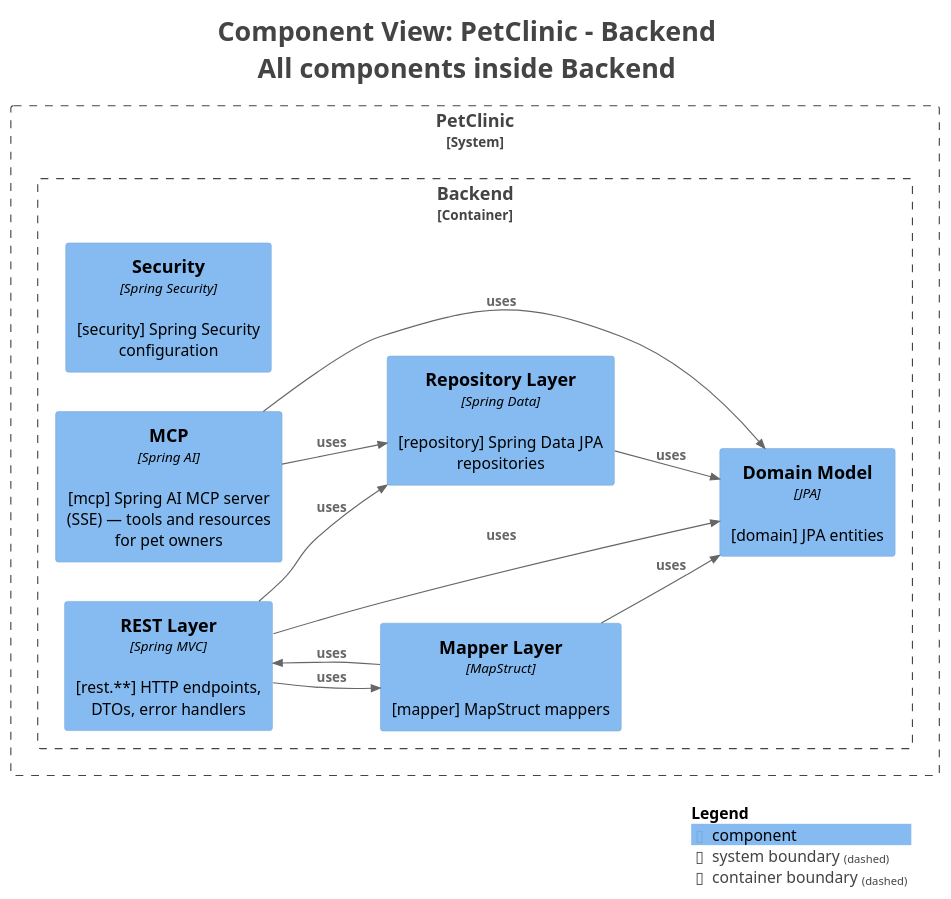
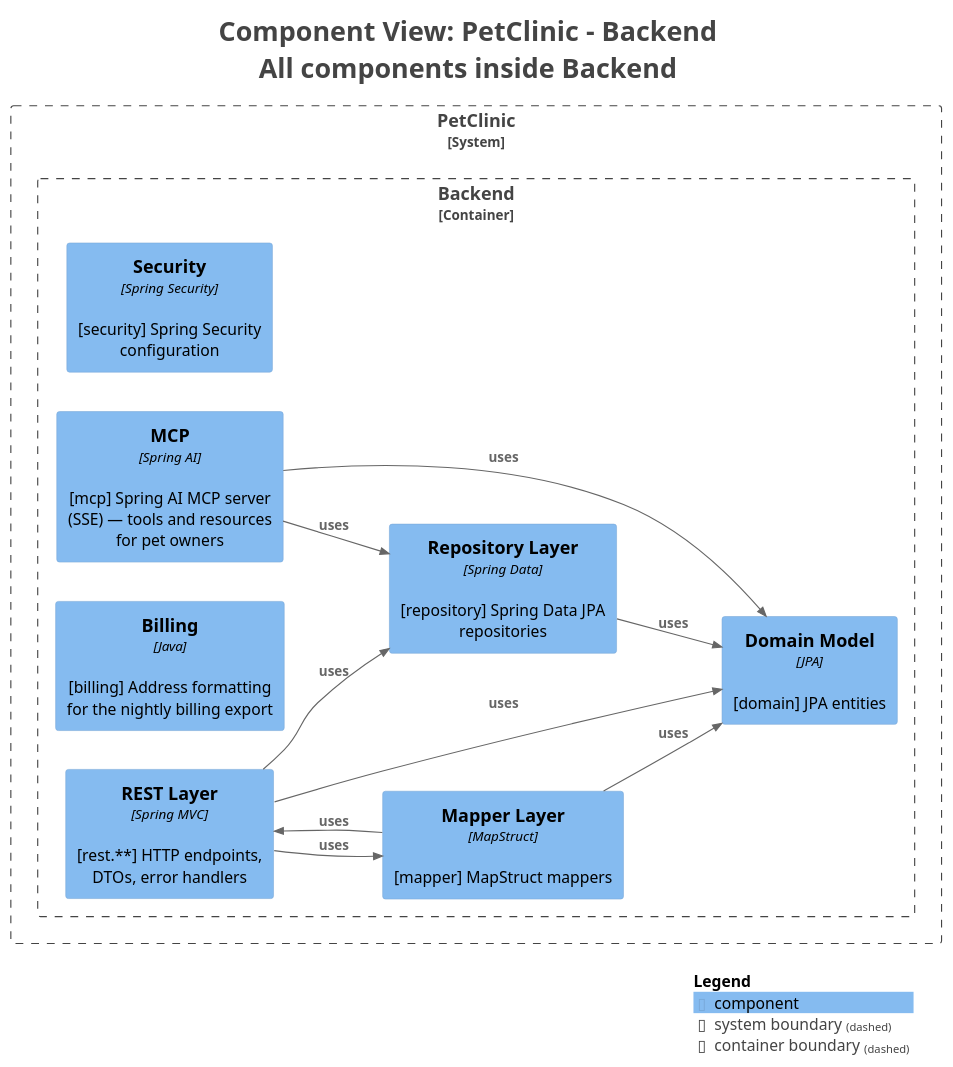
One commit to pmattiollo/petclinic changed the diagram in petclinic-backend/docs/generated/c4views/C3-Components-All.puml. Above: the diagram before and after it, drawn with PlantUML. The commit also changed 2 other files, not shown here.

Commit message:
docs(arch): register the billing package in the C3 and package models
Commit f1aa0f3 added victor.training.petclinic.billing without declaring
it, so C3ArchTest and PackagesArchTest failed on unmapped-package drift.
Billing depends on nothing and nothing depends on it, so it joins depth 0
with no edges.

```diff
--- a/petclinic-backend/docs/generated/c4views/C3-Components-All.puml
+++ b/petclinic-backend/docs/generated/c4views/C3-Components-All.puml
@@ -1,41 +1,42 @@
 @startuml
 title <size:24>Component View: PetClinic - Backend</size>\n<size:24>All components inside Backend</size>
 
 set separator none
 left to right direction
 
 <style>
   root {
     BackgroundColor: #ffffff
     FontColor: #444444
   }
 </style>
 
 !include <C4/C4>
 !include <C4/C4_Context>
 !include <C4/C4_Component>
 
 System_Boundary("PetClinic_boundary", "PetClinic", $tags="") {
   Container_Boundary("PetClinic.Backend_boundary", "Backend", $tags="") {
     Component(PetClinic.Backend.Security, "Security", $techn="Spring Security", $descr="[security] Spring Security configuration", $tags="", $link="")
     Component(PetClinic.Backend.MCP, "MCP", $techn="Spring AI", $descr="[mcp] Spring AI MCP server (SSE) — tools and resources for pet owners", $tags="", $link="")
+    Component(PetClinic.Backend.Billing, "Billing", $techn="Java", $descr="[billing] Address formatting for the nightly billing export", $tags="", $link="")
     Component(PetClinic.Backend.RESTLayer, "REST Layer", $techn="Spring MVC", $descr="[rest.**] HTTP endpoints, DTOs, error handlers", $tags="", $link="")
     Component(PetClinic.Backend.DomainModel, "Domain Model", $techn="JPA", $descr="[domain] JPA entities", $tags="", $link="")
     Component(PetClinic.Backend.RepositoryLayer, "Repository Layer", $techn="Spring Data", $descr="[repository] Spring Data JPA repositories", $tags="", $link="")
     Component(PetClinic.Backend.MapperLayer, "Mapper Layer", $techn="MapStruct", $descr="[mapper] MapStruct mappers", $tags="", $link="")
   }
 
 }
 
 Rel(PetClinic.Backend.RESTLayer, PetClinic.Backend.MapperLayer, "uses", $techn="", $tags="", $link="")
 Rel(PetClinic.Backend.RESTLayer, PetClinic.Backend.DomainModel, "uses", $techn="", $tags="", $link="")
 Rel(PetClinic.Backend.RESTLayer, PetClinic.Backend.RepositoryLayer, "uses", $techn="", $tags="", $link="")
 Rel(PetClinic.Backend.MapperLayer, PetClinic.Backend.RESTLayer, "uses", $techn="", $tags="", $link="")
 Rel(PetClinic.Backend.MapperLayer, PetClinic.Backend.DomainModel, "uses", $techn="", $tags="", $link="")
 Rel(PetClinic.Backend.RepositoryLayer, PetClinic.Backend.DomainModel, "uses", $techn="", $tags="", $link="")
 Rel(PetClinic.Backend.MCP, PetClinic.Backend.DomainModel, "uses", $techn="", $tags="", $link="")
 Rel(PetClinic.Backend.MCP, PetClinic.Backend.RepositoryLayer, "uses", $techn="", $tags="", $link="")
 
 SHOW_LEGEND(true)
 hide stereotypes
 @enduml
```
